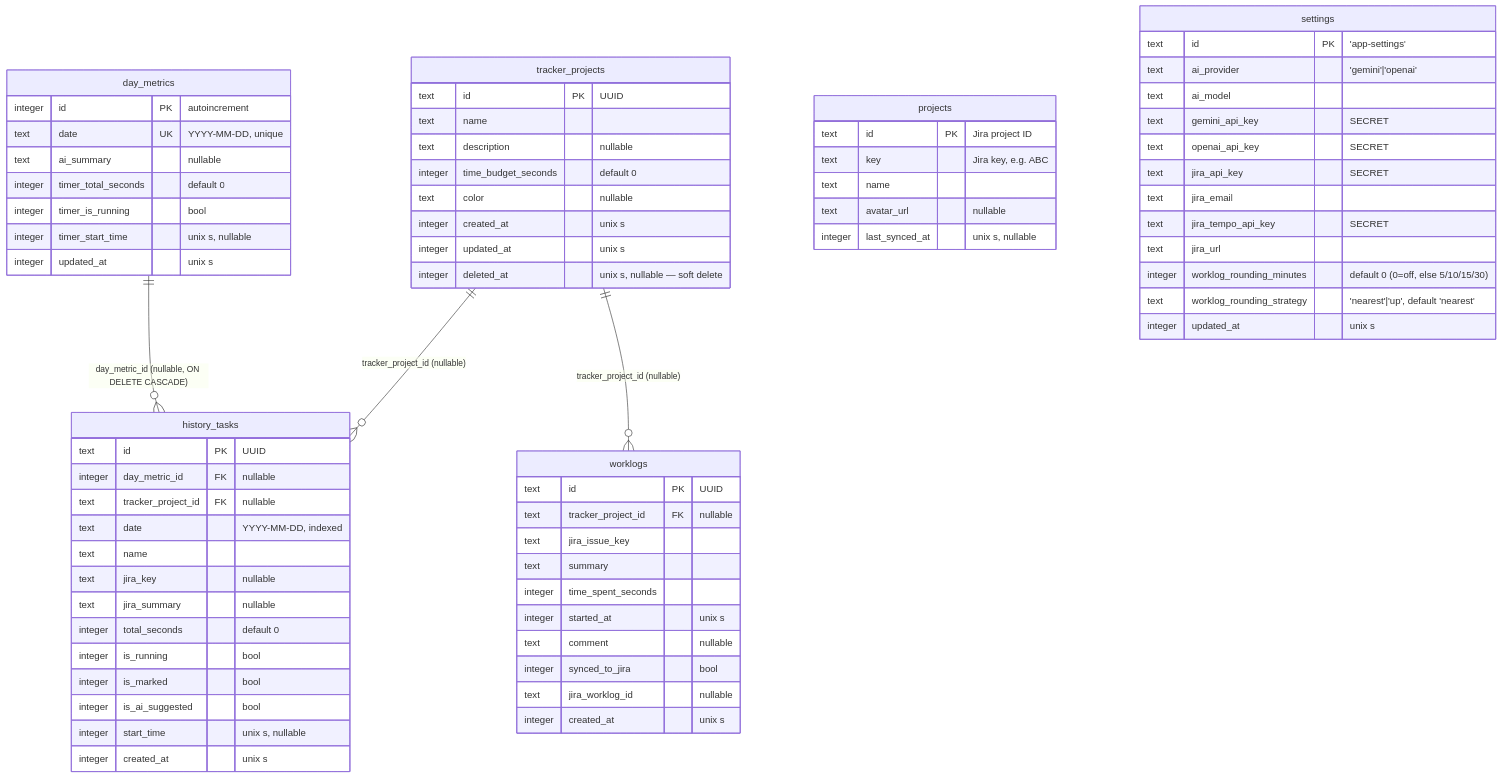
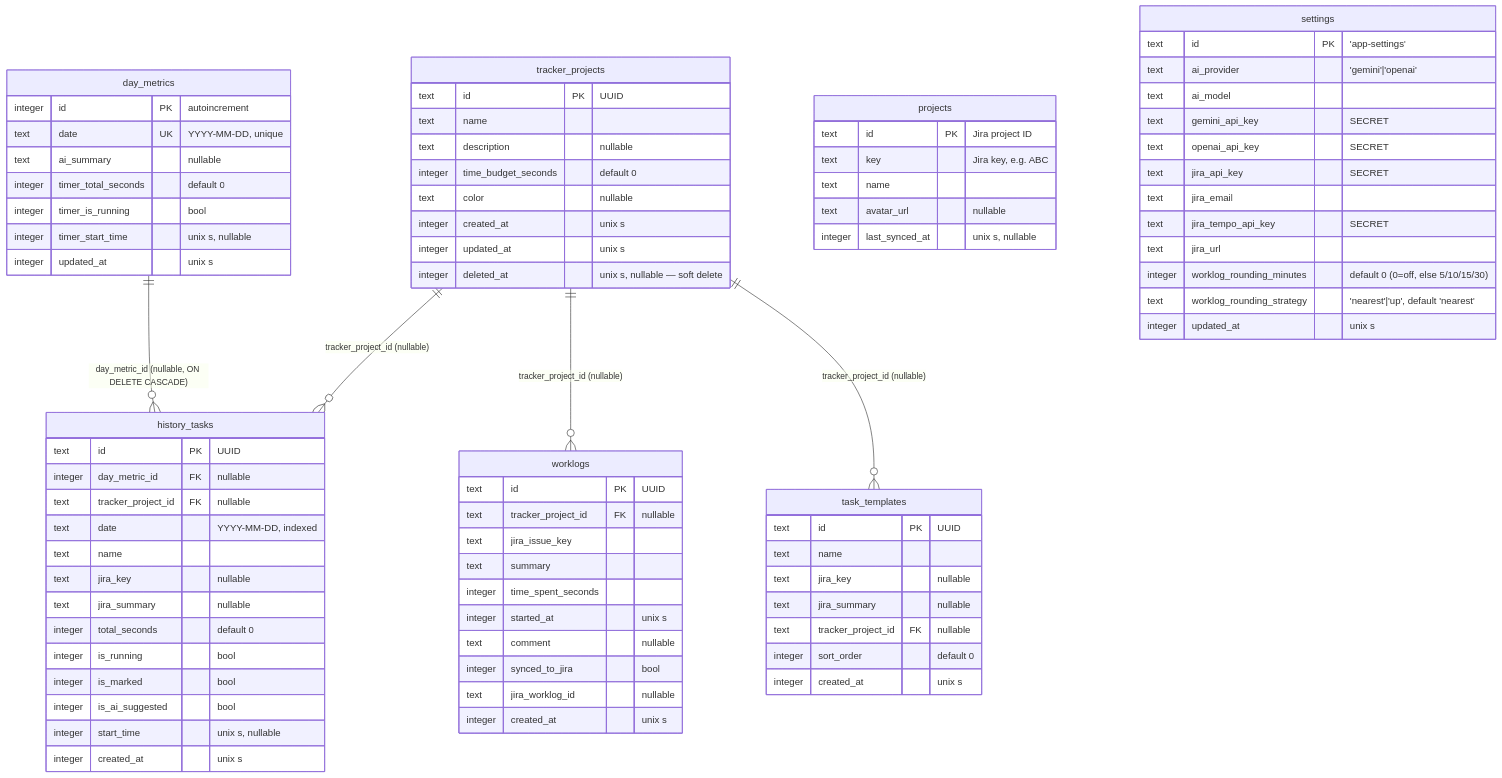
Before and after one commit to Lenny606/task-tracker: the diagram in docs/DB_SCHEMA.md, drawn with Mermaid. The commit also changed other lines of this file and 11 other files, not shown here.

First line of the commit message:
feat: implement task templates management, table schema, and UI integration

````diff
--- a/docs/DB_SCHEMA.md
+++ b/docs/DB_SCHEMA.md
@@ -25,6 +25,7 @@
 erDiagram
     tracker_projects ||--o{ history_tasks : "tracker_project_id (nullable)"
     tracker_projects ||--o{ worklogs : "tracker_project_id (nullable)"
+    tracker_projects ||--o{ task_templates : "tracker_project_id (nullable)"
     day_metrics ||--o{ history_tasks : "day_metric_id (nullable, ON DELETE CASCADE)"
 
     tracker_projects {
@@ -99,4 +100,14 @@
         text worklog_rounding_strategy "'nearest'|'up', default 'nearest'"
         integer updated_at "unix s"
     }
+
+    task_templates {
+        text id PK "UUID"
+        text name
+        text jira_key "nullable"
+        text jira_summary "nullable"
+        text tracker_project_id FK "nullable"
+        integer sort_order "default 0"
+        integer created_at "unix s"
+    }
 ```
````
